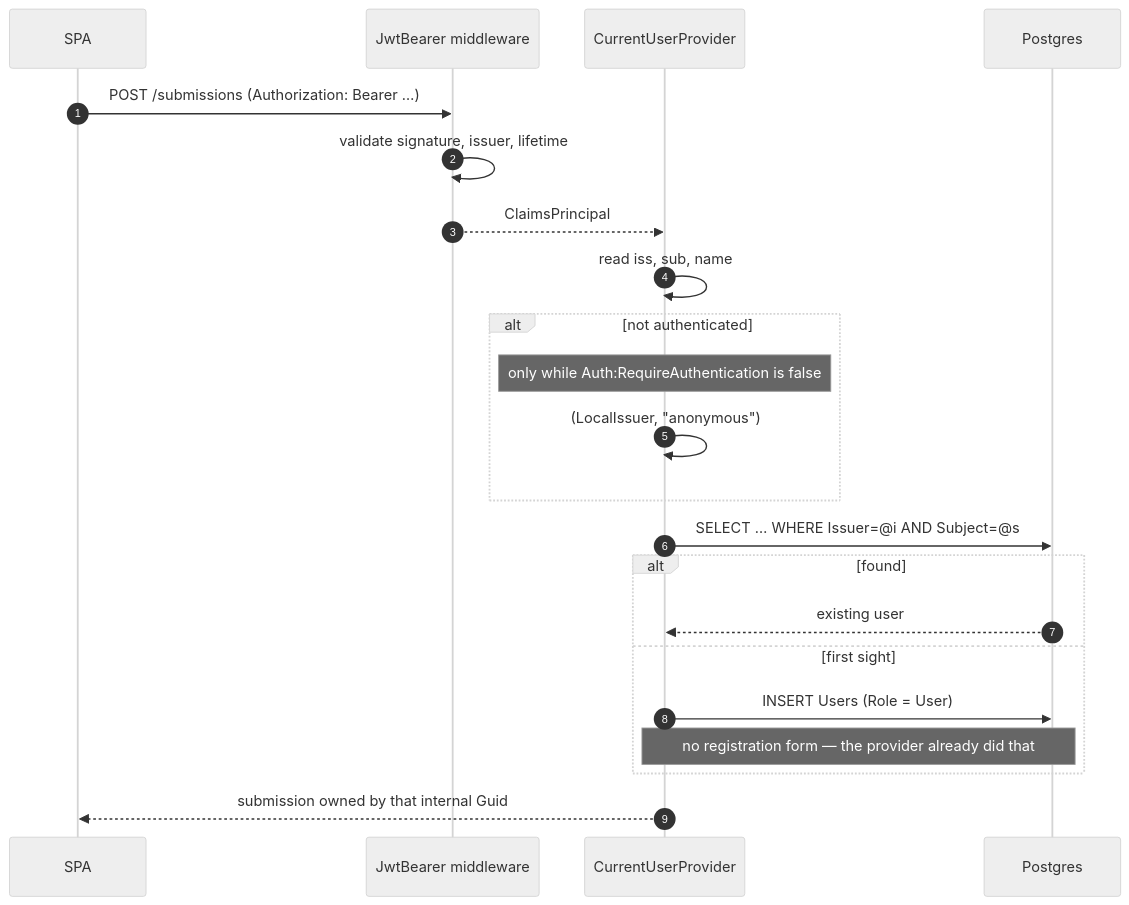
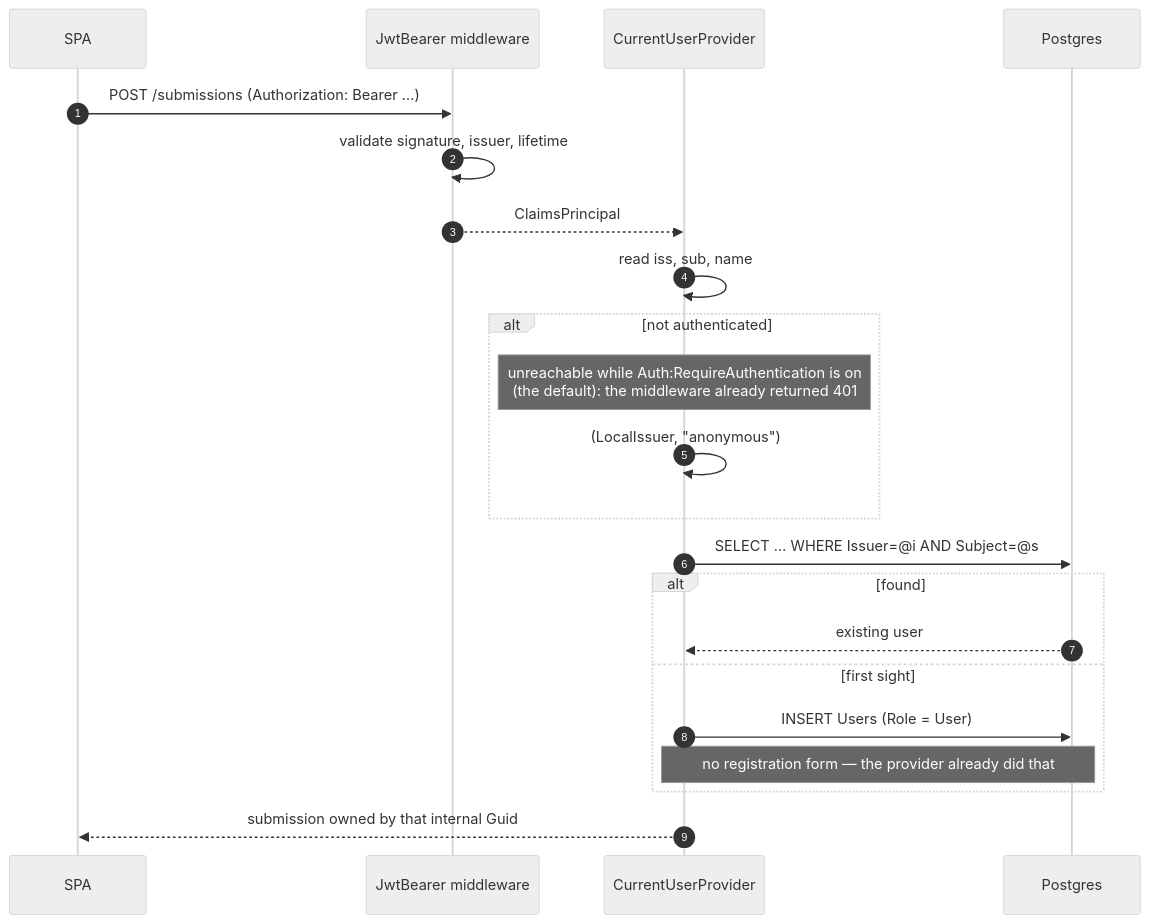
The eighth of 10 diagrams in docs/design/04-sequence-diagrams.md (simplifycodewithamir/dsa-practice-platform), drawn with Mermaid (neutral theme) before and after one commit. The commit also changed 45 other files, not shown here.

````diff
--- a/docs/design/04-sequence-diagrams.md
+++ b/docs/design/04-sequence-diagrams.md
@@ -281,30 +281,30 @@
 ```mermaid
 sequenceDiagram
     autonumber
     participant SPA as SPA
     participant MW as JwtBearer middleware
     participant CUP as CurrentUserProvider
     participant DB as Postgres
 
     SPA->>MW: POST /submissions (Authorization: Bearer …)
     MW->>MW: validate signature, issuer, lifetime
     MW-->>CUP: ClaimsPrincipal
 
     CUP->>CUP: read iss, sub, name
 
     alt not authenticated
-        Note over CUP: only while Auth:RequireAuthentication is false
+        Note over CUP: unreachable while Auth:RequireAuthentication is on<br/>(the default): the middleware already returned 401
         CUP->>CUP: (LocalIssuer, "anonymous")
     end
 
     CUP->>DB: SELECT … WHERE Issuer=@i AND Subject=@s
 
     alt found
         DB-->>CUP: existing user
     else first sight
         CUP->>DB: INSERT Users (Role = User)
         Note over CUP,DB: no registration form — the provider already did that
     end
 
     CUP-->>SPA: submission owned by that internal Guid
 ```
````
